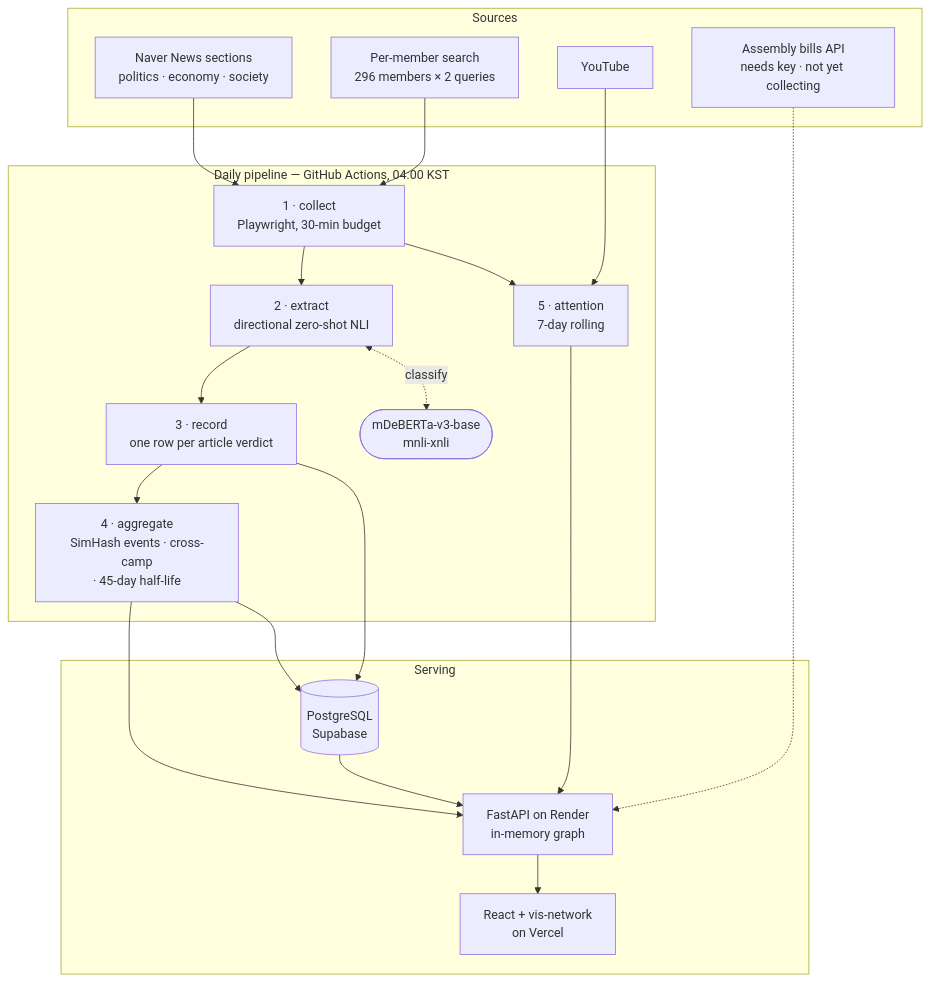
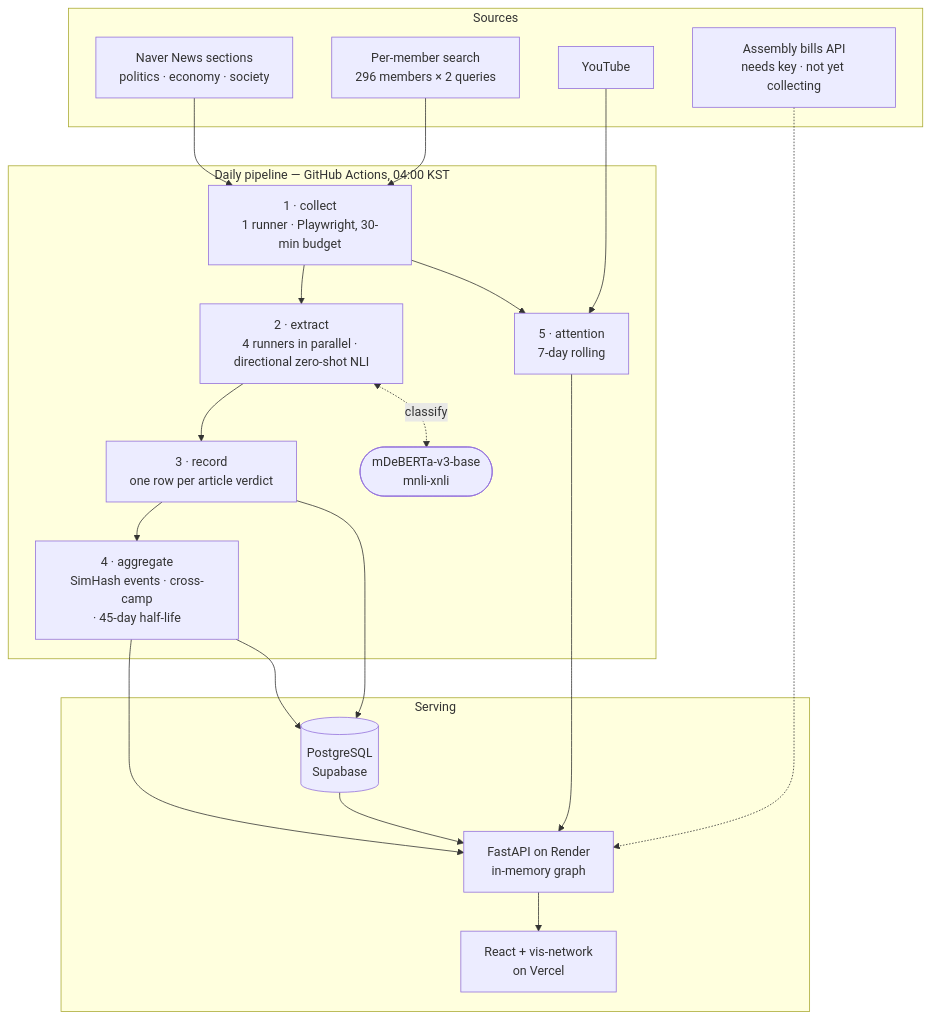
The diagram in README.md (showjihyun/KoreaPolitician), drawn with Mermaid before and after one commit. The commit also changed other lines of this file and 5 other files, not shown here.

````diff
--- a/README.md
+++ b/README.md
@@ -69,35 +69,35 @@
 ```mermaid
 flowchart TB
     subgraph S["Sources"]
         A["Naver News sections<br/>politics · economy · society"]
         B["Per-member search<br/>296 members × 2 queries"]
         C["YouTube"]
         D["Assembly bills API<br/>needs key · not yet collecting"]
     end
 
     subgraph P["Daily pipeline — GitHub Actions, 04:00 KST"]
-        E["1 · collect<br/>Playwright, 30-min budget"]
-        F["2 · extract<br/>directional zero-shot NLI"]
+        E["1 · collect<br/>1 runner · Playwright, 30-min budget"]
+        F["2 · extract<br/>4 runners in parallel · directional zero-shot NLI"]
         M(["mDeBERTa-v3-base<br/>mnli-xnli"])
         G["3 · record<br/>one row per article verdict"]
         H["4 · aggregate<br/>SimHash events · cross-camp<br/>· 45-day half-life"]
         I["5 · attention<br/>7-day rolling"]
     end
 
     subgraph B2["Serving"]
         J[("PostgreSQL<br/>Supabase")]
         K["FastAPI on Render<br/>in-memory graph"]
         L["React + vis-network<br/>on Vercel"]
     end
 
     A --> E
     B --> E
     E --> F --> G --> H --> K
     F <-. classify .-> M
     C --> I
     E --> I --> K
     D -.-> K
     G --> J
     H --> J
     J --> K --> L
 ```
````
